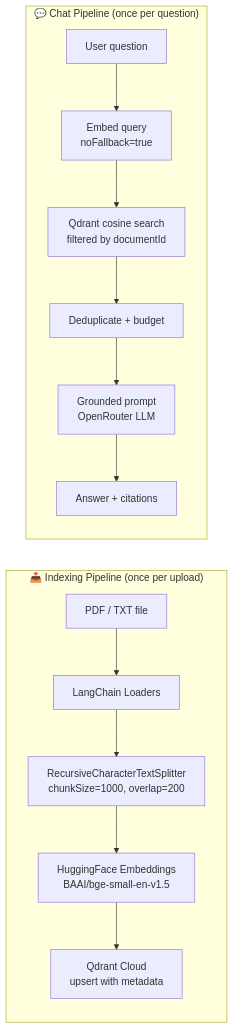
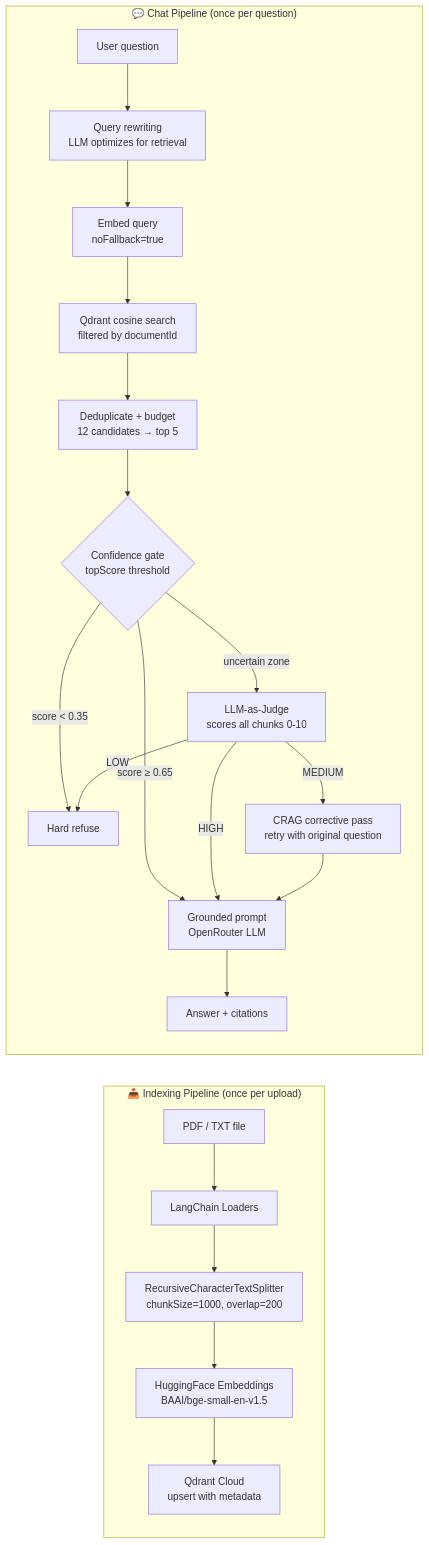
One commit to sanaa-duhh/RAG-powered-NLM-clone changed the diagram in README.md. Above: the diagram before and after it, drawn with Mermaid. The commit also changed other lines of this file and 7 other files, not shown here.

Commit message:
Implemented Advanced RAG — query   rewriting, LLM-as-Judge, CRAG

````diff
--- a/README.md
+++ b/README.md
@@ -100,17 +104,25 @@
 ```mermaid
 flowchart LR
     subgraph Indexing ["📥 Indexing Pipeline (once per upload)"]
         A[PDF / TXT file] --> B[LangChain Loaders]
         B --> C[RecursiveCharacterTextSplitter\nchunkSize=1000, overlap=200]
         C --> D[HuggingFace Embeddings\nBAAI/bge-small-en-v1.5]
         D --> E[Qdrant Cloud\nupsert with metadata]
     end
 
     subgraph Chat ["💬 Chat Pipeline (once per question)"]
-        F[User question] --> G[Embed query\nnoFallback=true]
+        F[User question] --> F1[Query rewriting\nLLM optimizes for retrieval]
+        F1 --> G[Embed query\nnoFallback=true]
         G --> H[Qdrant cosine search\nfiltered by documentId]
-        H --> I[Deduplicate + budget]
-        I --> J[Grounded prompt\nOpenRouter LLM]
+        H --> I[Deduplicate + budget\n12 candidates → top 5]
+        I --> I1{Confidence gate\ntopScore threshold}
+        I1 -->|score ≥ 0.65| J
+        I1 -->|score < 0.35| R[Hard refuse]
+        I1 -->|uncertain zone| I2[LLM-as-Judge\nscores all chunks 0-10]
+        I2 -->|HIGH| J
+        I2 -->|LOW| R
+        I2 -->|MEDIUM| I3[CRAG corrective pass\nretry with original question]
+        I3 --> J[Grounded prompt\nOpenRouter LLM]
         J --> K[Answer + citations]
     end
 ```
````
